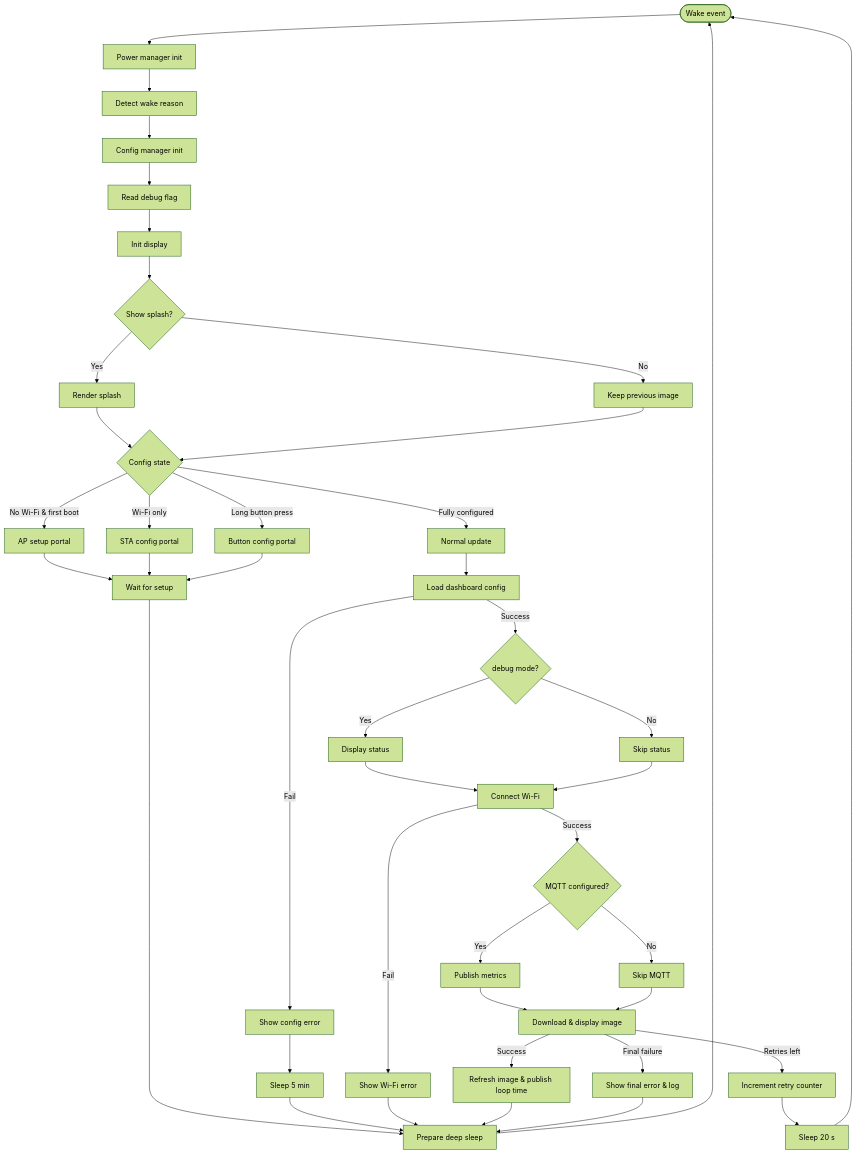
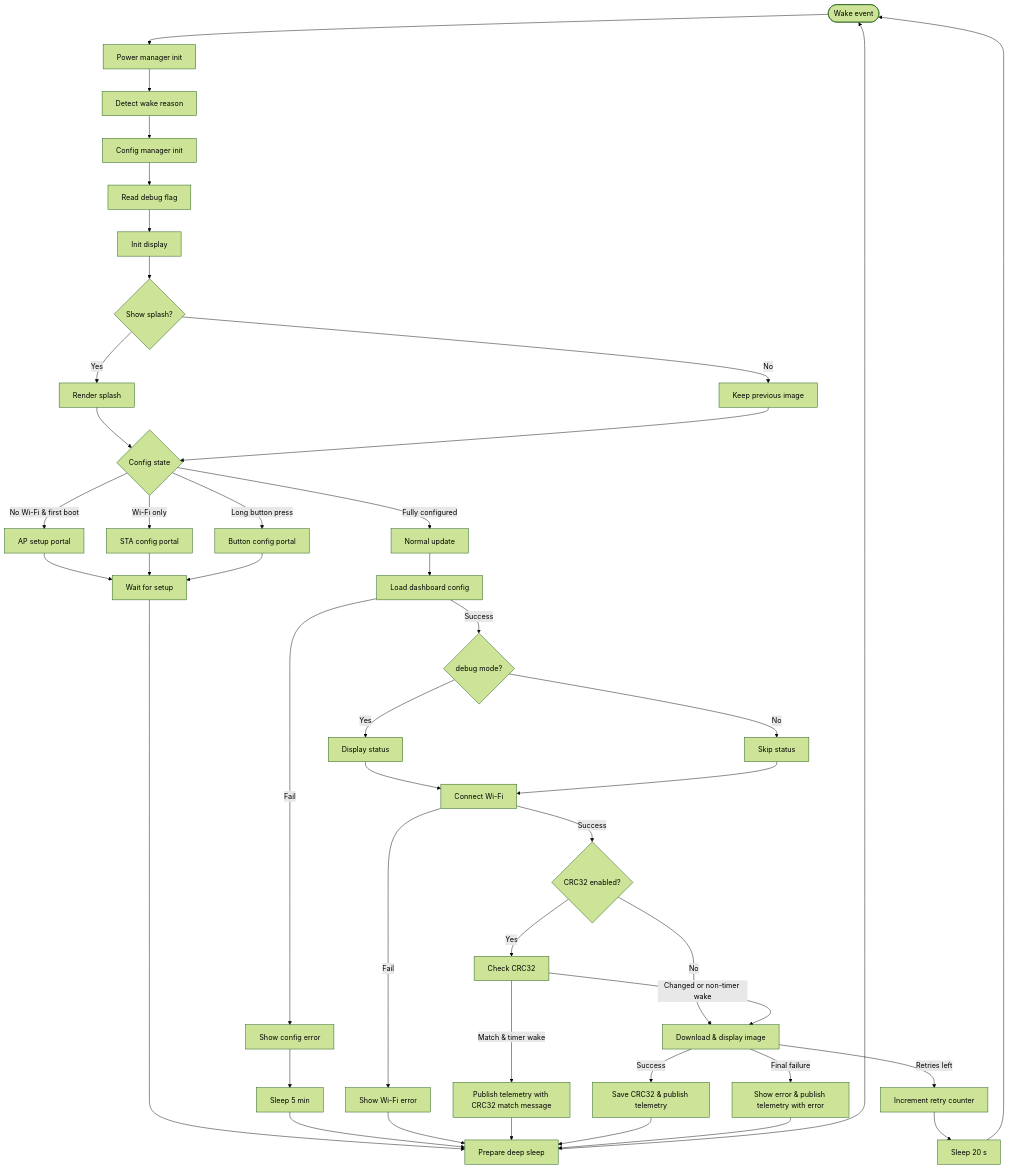
Before and after one commit to jantielens/inkplate-dashboard: the diagram in DISPLAY_CYCLE.md, drawn with Mermaid (forest theme). The commit also changed other lines of this file and 1 other file, not shown here.

Commit message:
Update documentation for MQTT optimization
- Updated DISPLAY_CYCLE.md to reflect single-session MQTT approach
- Updated flow diagram to show MQTT publishing at end of cycle
- Updated ARCHITECTURE.md with new MQTTManager capabilities
- Documented conditional discovery, fire-and-forget states, and batch publishing
- Updated normal operation workflow to show early telemetry collection
- Clarified that discovery only publishes on first boot and hardware reset

````diff
--- a/DISPLAY_CYCLE.md
+++ b/DISPLAY_CYCLE.md
@@ -5,52 +5,54 @@
 ```mermaid
 flowchart TD
   Wake([Wake event]) --> P[Power manager init]
   P --> W[Detect wake reason]
   W --> C[Config manager init]
   C --> D[Read debug flag]
   D --> I[Init display]
   I --> G{Show splash?}
   G -->|Yes| H[Render splash]
   G -->|No| K[Keep previous image]
   H --> Mode
   K --> Mode
 
   Mode{Config state}
   Mode -->|No Wi-Fi & first boot| AP[AP setup portal]
   Mode -->|Wi-Fi only| STA[STA config portal]
   Mode -->|Long button press| BTN[Button config portal]
   Mode -->|Fully configured| NOR[Normal update]
 
   AP --> WaitUser[Wait for setup]
   STA --> WaitUser
   BTN --> WaitUser
   WaitUser --> Sleep[Prepare deep sleep]
 
   NOR --> LoadCfg[Load dashboard config]
   LoadCfg -->|Fail| CFail[Show config error]
   CFail --> Sleep5[Sleep 5 min]
   Sleep5 --> Sleep
   LoadCfg -->|Success| DebugChk{debug mode?}
   DebugChk -->|Yes| Status[Display status]
   DebugChk -->|No| NoStatus[Skip status]
   Status --> WiFi
   NoStatus --> WiFi
 
   WiFi[Connect Wi-Fi] -->|Fail| WiFiErr[Show Wi-Fi error]
   WiFiErr --> Sleep
-  WiFi -->|Success| MQTTChk{MQTT configured?}
-  MQTTChk -->|Yes| MQTT[Publish metrics]
-  MQTTChk -->|No| NoMQTT[Skip MQTT]
-  MQTT --> Img
-  NoMQTT --> Img
+  WiFi -->|Success| CRC32Chk{CRC32 enabled?}
+  
+  CRC32Chk -->|Yes| CRC32[Check CRC32]
+  CRC32Chk -->|No| Img
+  CRC32 -->|Match & timer wake| MQTTFast[Publish telemetry with CRC32 match message]
+  MQTTFast --> Sleep
+  CRC32 -->|Changed or non-timer wake| Img
 
-  Img[Download & display image] -->|Success| ImgOk[Refresh image & publish loop time]
+  Img[Download & display image] -->|Success| ImgOk[Save CRC32 & publish telemetry]
   ImgOk --> Sleep
   Img -->|Retries left| Retry[Increment retry counter]
   Retry --> Sleep20[Sleep 20 s]
   Sleep20 --> Wake
-  Img -->|Final failure| ImgFail[Show final error & log]
+  Img -->|Final failure| ImgFail[Show error & publish telemetry with error]
   ImgFail --> Sleep
 
   Sleep --> Wake
 ```
````
